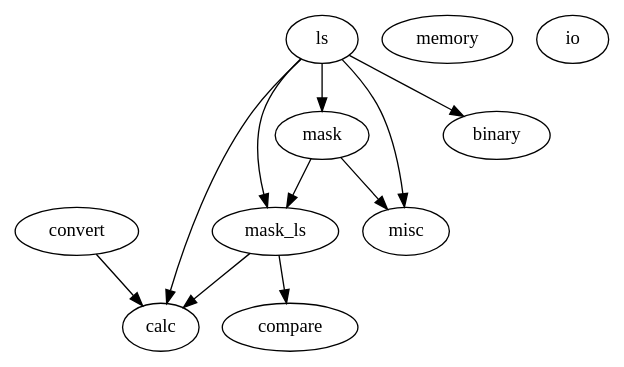
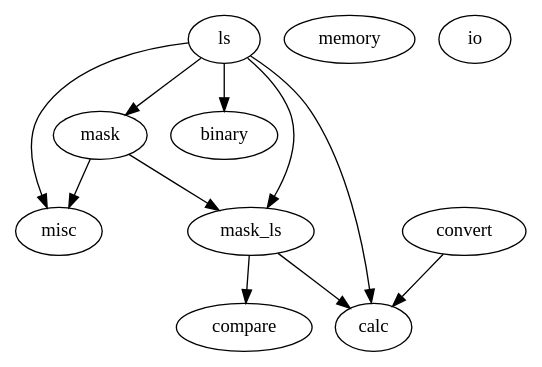
One commit to DerTuchi/TSL changed the diagram in class_graph.dot. Above: the diagram before and after it, drawn with Graphviz. The commit also changed other lines of this file and 41 other files, not shown here.

```diff
--- a/class_graph.dot
+++ b/class_graph.dot
@@ -1,22 +1,22 @@
 strict digraph  {
-calc;
-convert;
 ls;
-mask_ls;
-compare;
 misc;
 mask;
+binary;
 memory;
 io;
-binary;
-convert -> calc;
-ls -> calc;
+mask_ls;
+convert;
+calc;
+compare;
 ls -> misc;
-ls -> mask_ls;
 ls -> mask;
 ls -> binary;
+ls -> mask_ls;
+ls -> calc;
+mask -> misc;
+mask -> mask_ls;
 mask_ls -> calc;
 mask_ls -> compare;
-mask -> misc;
-mask -> mask_ls;
+convert -> calc;
 }
```
